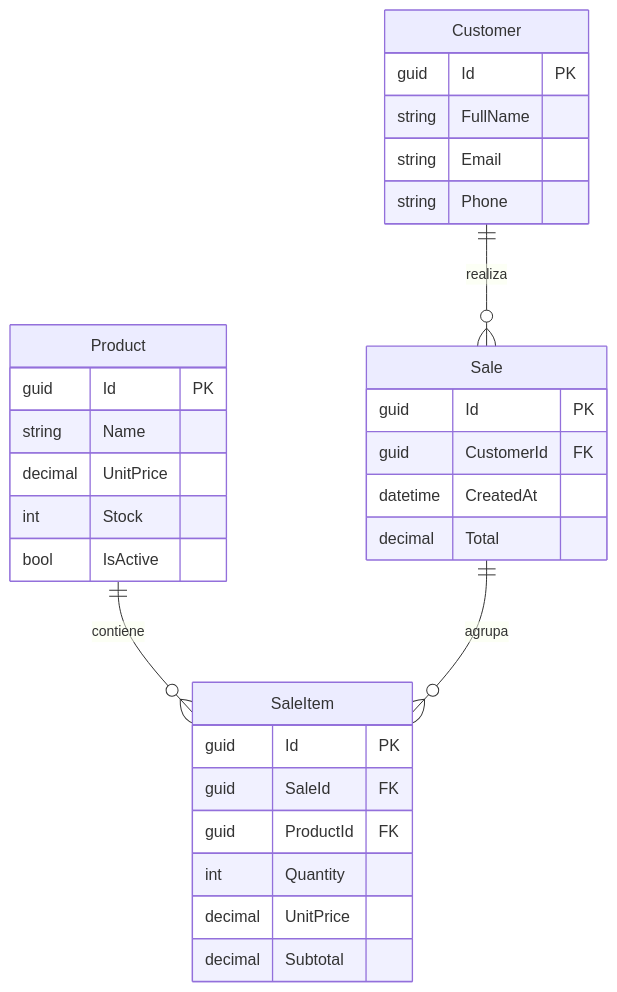
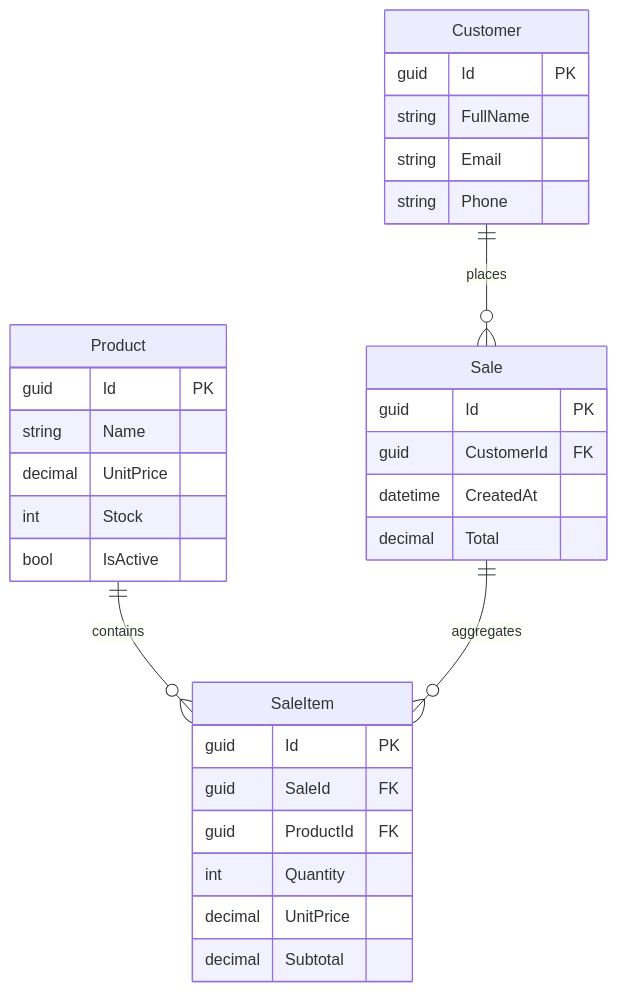
Before and after one commit to RafaeRamirez/ProjectFirmeza: the first of 2 diagrams in README.md, drawn with Mermaid. The commit also changed other lines of this file, not shown here.

````diff
--- a/README.md
+++ b/README.md
@@ -95,33 +95,33 @@
 ```mermaid
 erDiagram
-    Product ||--o{ SaleItem : contiene
-    Customer ||--o{ Sale : realiza
-    Sale ||--o{ SaleItem : agrupa
+    Product ||--o{ SaleItem : contains
+    Customer ||--o{ Sale : places
+    Sale ||--o{ SaleItem : aggregates
     Product {
         guid Id PK
         string Name
         decimal UnitPrice
         int Stock
         bool IsActive
     }
     Customer {
         guid Id PK
         string FullName
         string Email
         string Phone
     }
     Sale {
         guid Id PK
         guid CustomerId FK
         datetime CreatedAt
         decimal Total
     }
     SaleItem {
         guid Id PK
         guid SaleId FK
         guid ProductId FK
         int Quantity
         decimal UnitPrice
         decimal Subtotal
     }
 ```
````
